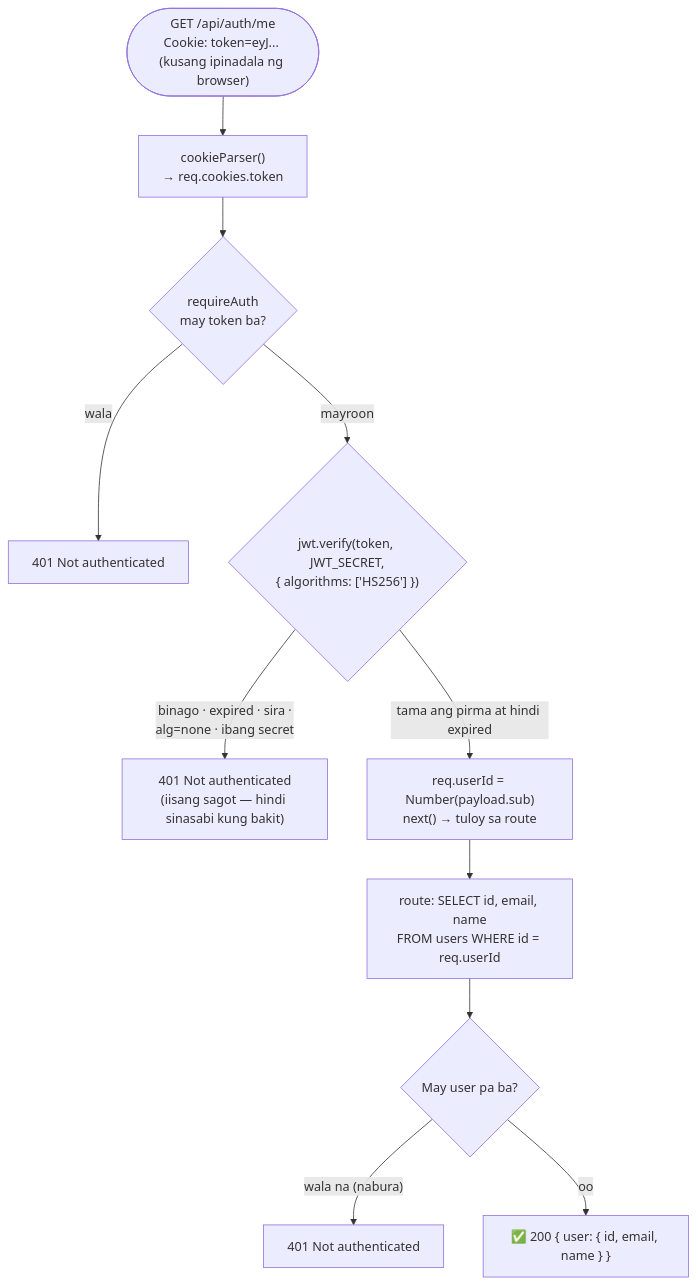
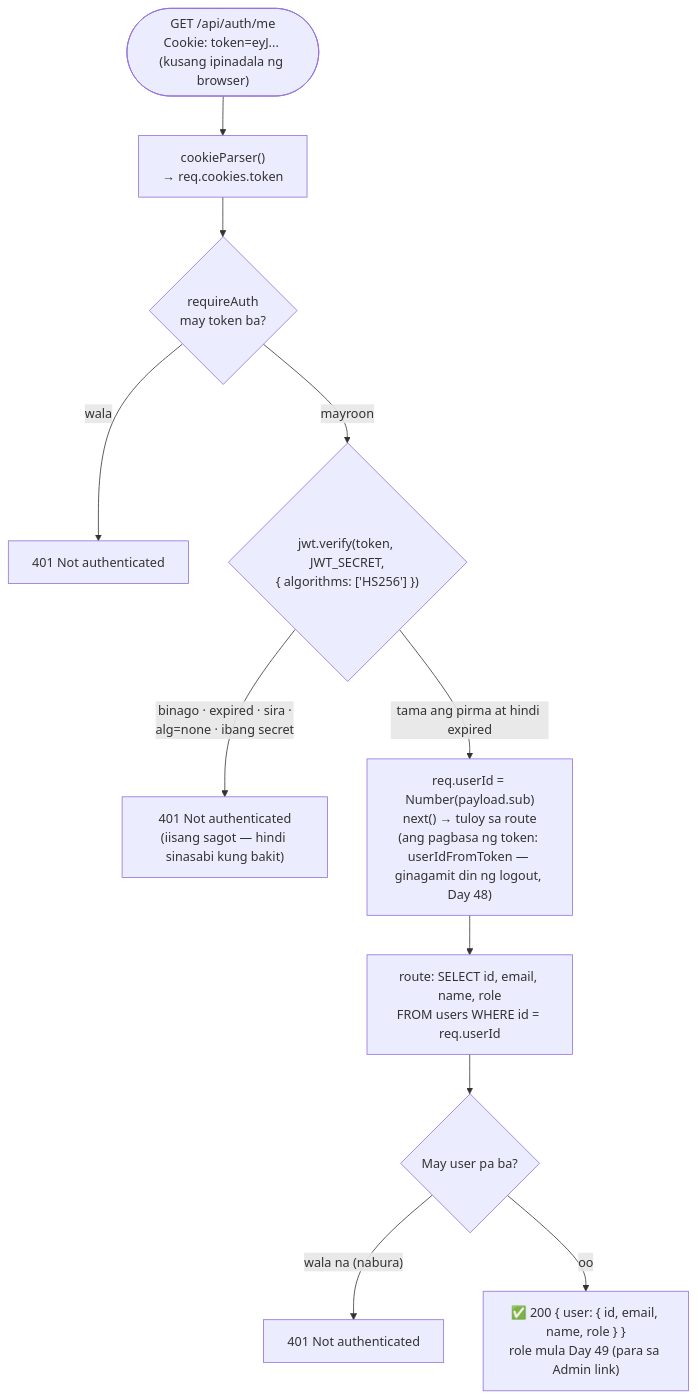
The diagram in docs/diagrams/05-auth-middleware.md (nelson1869-ai/auth-learning), drawn with Mermaid before and after one commit. The commit also changed other lines of this file and 10 other files, not shown here.

First line of the commit message:
docs: sync diagrams, .http and READMEs with Days 44–49

````diff
--- a/docs/diagrams/05-auth-middleware.md
+++ b/docs/diagrams/05-auth-middleware.md
@@ -10,13 +10,13 @@
 ```mermaid
 flowchart TD
     Req(["GET /api/auth/me<br/>Cookie: token=eyJ... (kusang ipinadala ng browser)"]) --> CP["cookieParser()<br/>→ req.cookies.token"]
     CP --> MW{"requireAuth<br/>may token ba?"}
     MW -->|"wala"| U1["401 Not authenticated"]
     MW -->|"mayroon"| V{"jwt.verify(token, JWT_SECRET,<br/>{ algorithms: ['HS256'] })"}
     V -->|"binago · expired · sira ·<br/>alg=none · ibang secret"| U2["401 Not authenticated<br/>(iisang sagot — hindi sinasabi kung bakit)"]
-    V -->|"tama ang pirma at hindi expired"| Set["req.userId = Number(payload.sub)<br/>next() → tuloy sa route"]
-    Set --> Route["route: SELECT id, email, name<br/>FROM users WHERE id = req.userId"]
+    V -->|"tama ang pirma at hindi expired"| Set["req.userId = Number(payload.sub)<br/>next() → tuloy sa route<br/>(ang pagbasa ng token: userIdFromToken — ginagamit din ng logout, Day 48)"]
+    Set --> Route["route: SELECT id, email, name, role<br/>FROM users WHERE id = req.userId"]
     Route --> Found{"May user pa ba?"}
     Found -->|"wala na (nabura)"| U3["401 Not authenticated"]
-    Found -->|"oo"| OK["✅ 200 { user: { id, email, name } }"]
+    Found -->|"oo"| OK["✅ 200 { user: { id, email, name, role } }<br/>role mula Day 49 (para sa Admin link)"]
 ```
````
